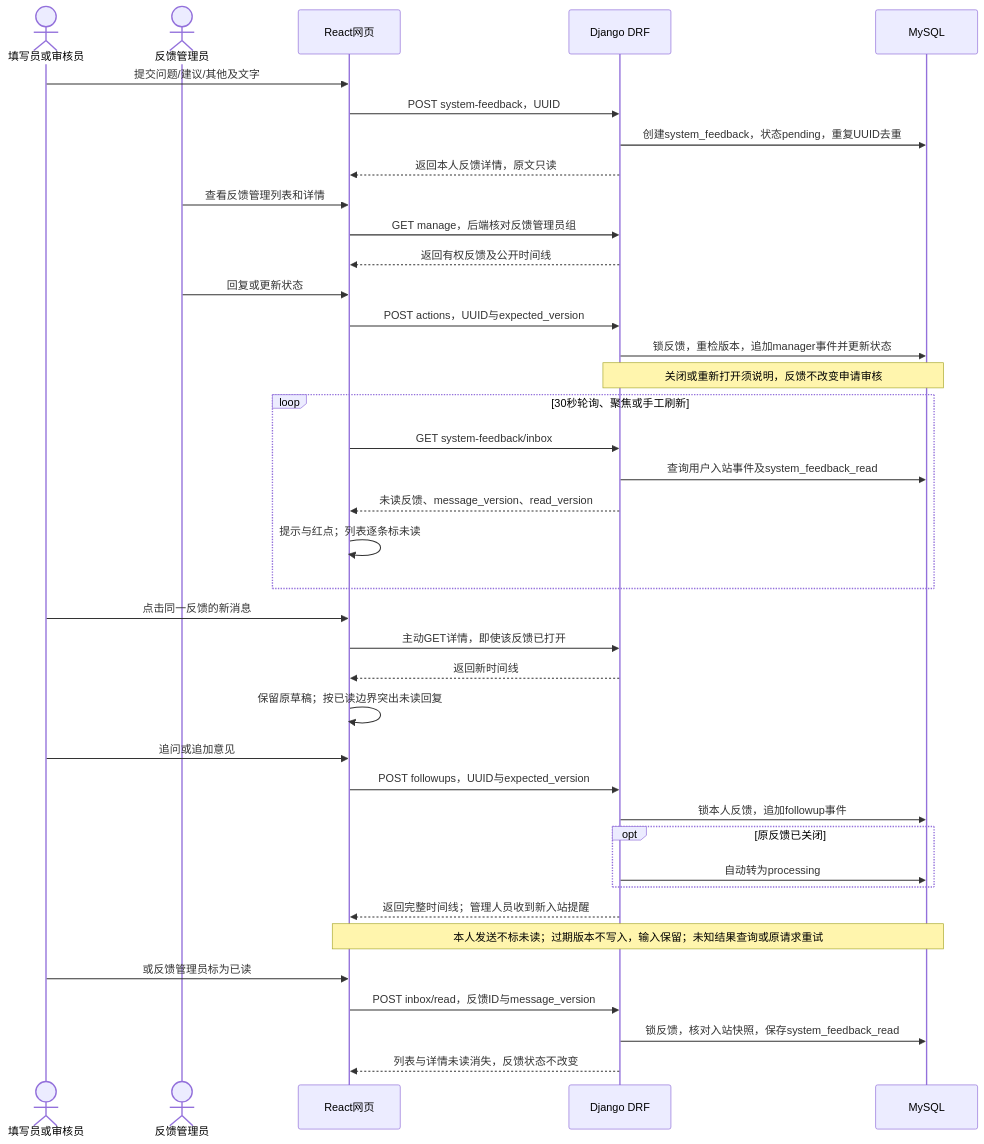
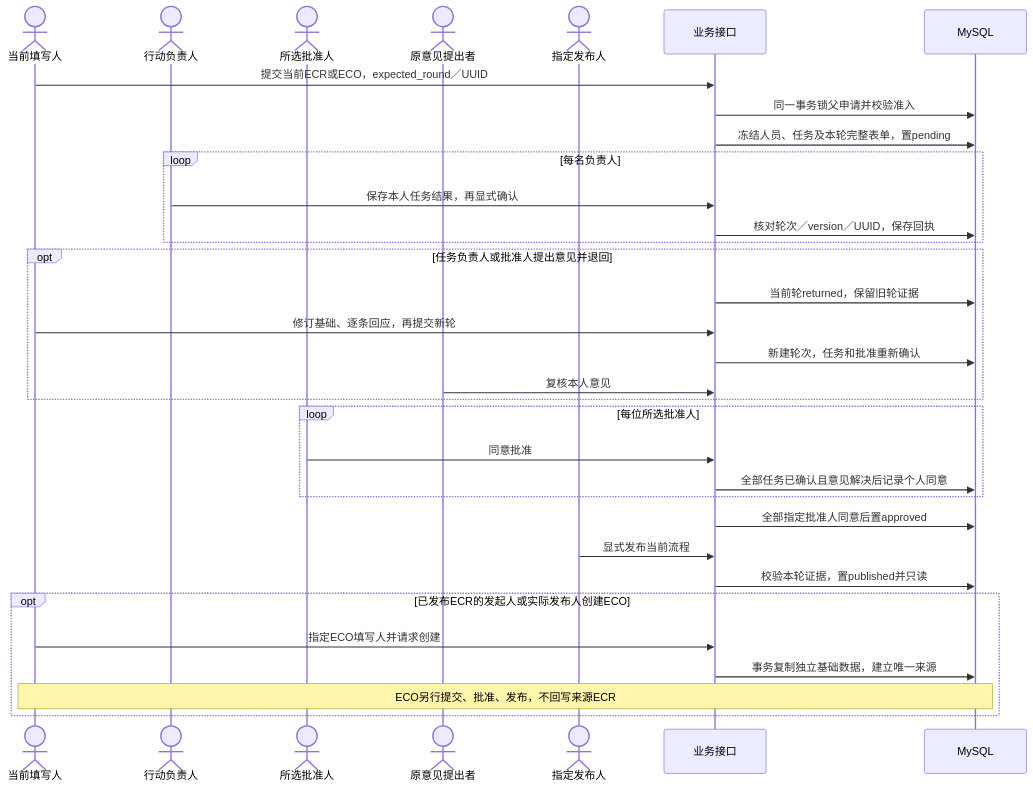
Before and after one commit to jack1415926/form-filling-system: the second of 2 diagrams in docs/design/SEQUENCES-CURRENT.md, drawn with Mermaid. The commit also changed other lines of this file and 112 other files, not shown here.

````diff
--- a/docs/design/SEQUENCES-CURRENT.md
+++ b/docs/design/SEQUENCES-CURRENT.md
@@ -120,41 +30,35 @@
 ```mermaid
 sequenceDiagram
-    actor U as 填写员或审核员
-    actor M as 反馈管理员
-    participant F as React网页
-    participant A as Django DRF
+    actor O as 当前填写人
+    actor T as 行动负责人
+    actor R as 所选批准人
+    actor I as 原意见提出者
+    actor P as 指定发布人
+    participant A as 业务接口
     participant D as MySQL
-    U->>F: 提交问题/建议/其他及文字
-    F->>A: POST system-feedback，UUID
-    A->>D: 创建system_feedback，状态pending，重复UUID去重
-    A-->>F: 返回本人反馈详情，原文只读
-    M->>F: 查看反馈管理列表和详情
-    F->>A: GET manage，后端核对反馈管理员组
-    A-->>F: 返回有权反馈及公开时间线
-    M->>F: 回复或更新状态
-    F->>A: POST actions，UUID与expected_version
-    A->>D: 锁反馈，重检版本，追加manager事件并更新状态
-    Note over A,D: 关闭或重新打开须说明，反馈不改变申请审核
-    loop 30秒轮询、聚焦或手工刷新
-        F->>A: GET system-feedback/inbox
-        A->>D: 查询用户入站事件及system_feedback_read
-        A-->>F: 未读反馈、message_version、read_version
-        F->>F: 提示与红点；列表逐条标未读
+    O->>A: 提交当前ECR或ECO，expected_round／UUID
+    A->>D: 同一事务锁父申请并校验准入
+    A->>D: 冻结人员、任务及本轮完整表单，置pending
+    loop 每名负责人
+        T->>A: 保存本人任务结果，再显式确认
+        A->>D: 核对轮次／version／UUID，保存回执
     end
-    U->>F: 点击同一反馈的新消息
-    F->>A: 主动GET详情，即使该反馈已打开
-    A-->>F: 返回新时间线
-    F->>F: 保留原草稿；按已读边界突出未读回复
-    U->>F: 追问或追加意见
-    F->>A: POST followups，UUID与expected_version
-    A->>D: 锁本人反馈，追加followup事件
-    opt 原反馈已关闭
-        A->>D: 自动转为processing
+    opt 任务负责人或批准人提出意见并退回
+        A->>D: 当前轮returned，保留旧轮证据
+        O->>A: 修订基础、逐条回应，再提交新轮
+        A->>D: 新建轮次，任务和批准重新确认
+        I->>A: 复核本人意见
     end
-    A-->>F: 返回完整时间线；管理人员收到新入站提醒
-    Note over F,D: 本人发送不标未读；过期版本不写入，输入保留；未知结果查询或原请求重试
-    U->>F: 或反馈管理员标为已读
-    F->>A: POST inbox/read，反馈ID与message_version
-    A->>D: 锁反馈，核对入站快照，保存system_feedback_read
-    A-->>F: 列表与详情未读消失，反馈状态不改变
+    loop 每位所选批准人
+        R->>A: 同意批准
+        A->>D: 全部任务已确认且意见解决后记录个人同意
+    end
+    A->>D: 全部指定批准人同意后置approved
+    P->>A: 显式发布当前流程
+    A->>D: 校验本轮证据，置published并只读
+    opt 已发布ECR的发起人或实际发布人创建ECO
+        O->>A: 指定ECO填写人并请求创建
+        A->>D: 事务复制独立基础数据，建立唯一来源
+        Note over O,D: ECO另行提交、批准、发布，不回写来源ECR
+    end
 ```
````
